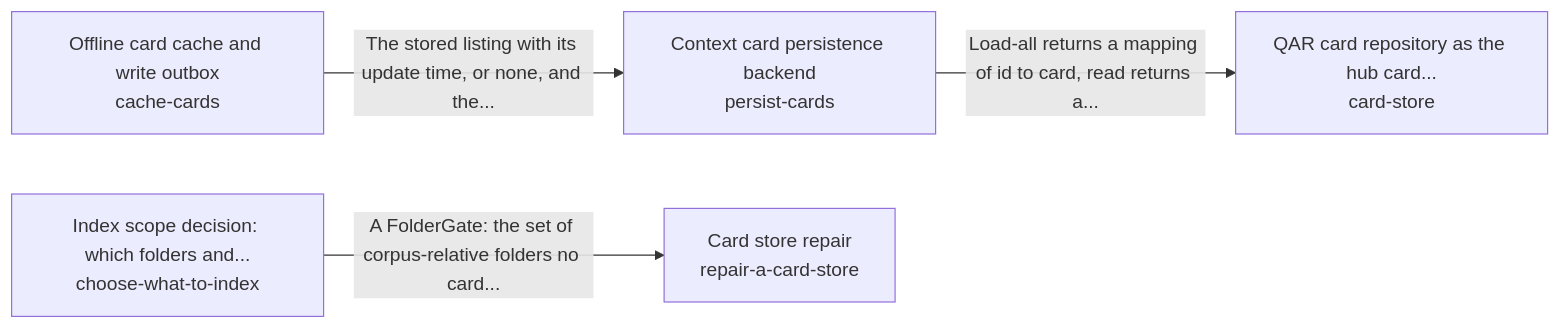
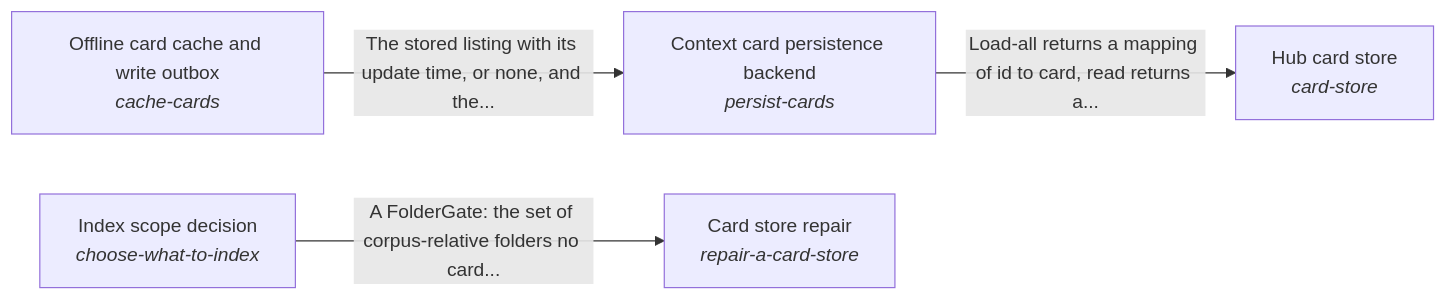
One commit to SpiritualData/quest-ai-runner changed the diagram in quest_ai_runner/remember_and_recall/README.md. Above: the diagram before and after it, drawn with Mermaid. The commit also changed other lines of this file and 111 other files, not shown here.

Commit message:
Human names lead every record: name every solution, metric and arm, and rewrite each intent's coherence paragraph in display names (regenerated readmes, diagrams, tracker)

````diff
--- a/quest_ai_runner/remember_and_recall/README.md
+++ b/quest_ai_runner/remember_and_recall/README.md
@@ -17,11 +17,11 @@
 ```mermaid
 flowchart LR
-    s0["Context card persistence backend<br/>persist-cards"]
-    s1["Offline card cache and write outbox<br/>cache-cards"]
-    s2["Card store repair<br/>repair-a-card-store"]
-    s3["Index scope decision: which folders and...<br/>choose-what-to-index"]
-    s4["QAR card repository as the hub card...<br/>card-store"]
+    s0["Context card persistence backend<br/><i>persist-cards</i>"]
+    s1["Offline card cache and write outbox<br/><i>cache-cards</i>"]
+    s2["Card store repair<br/><i>repair-a-card-store</i>"]
+    s3["Index scope decision<br/><i>choose-what-to-index</i>"]
+    s4["Hub card store<br/><i>card-store</i>"]
     s0 -->|"Load-all returns a mapping of id to card, read returns a..."| s4
     s1 -->|"The stored listing with its update time, or none, and the..."| s0
     s3 -->|"A FolderGate: the set of corpus-relative folders no card..."| s2
 ```
````
